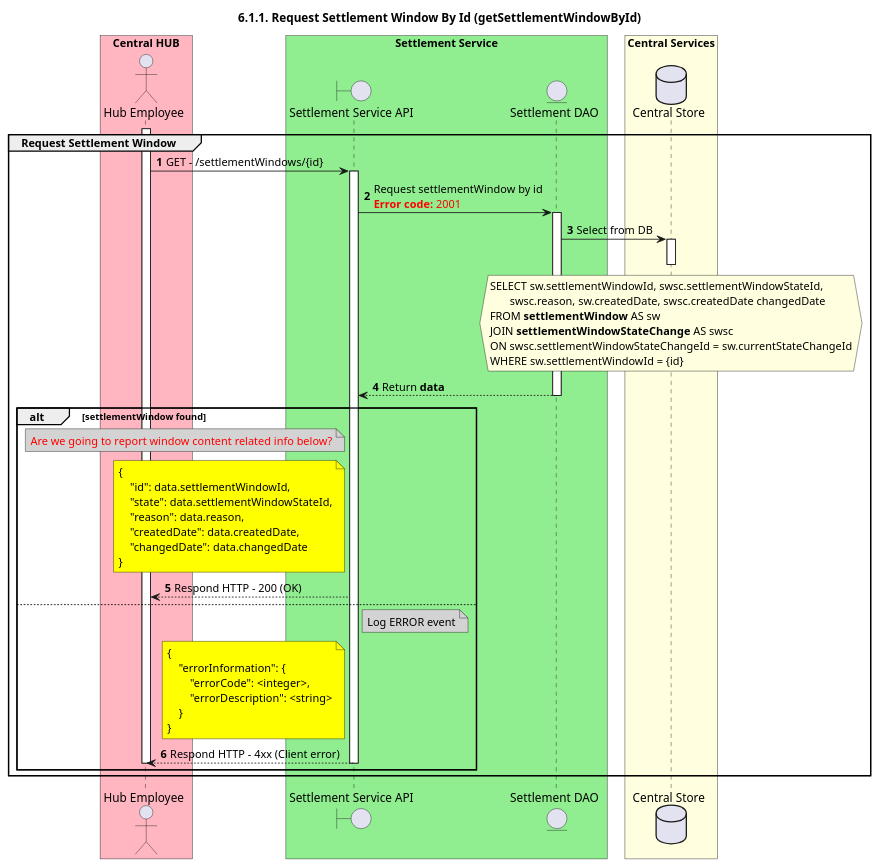
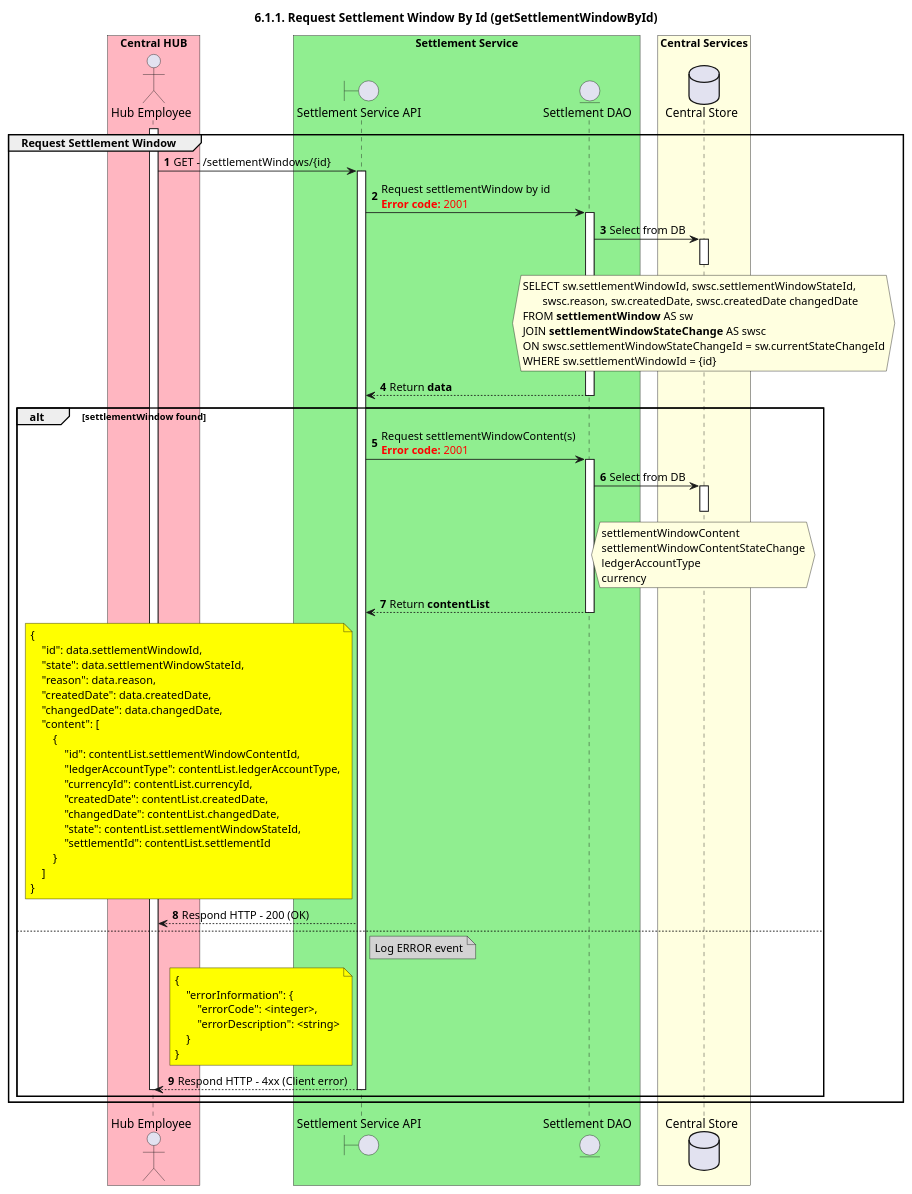
The diagram in mojaloop-technical-overview/central-settlements/settlement-process/assets/diagrams/sequence/seq-setwindow-6.1.1.plantuml (mojaloop/documentation), drawn with PlantUML before and after one commit. The commit also changed 11 other files, not shown here.

Commit message:
Sequence diagrams update following peer review

```diff
--- a/mojaloop-technical-overview/central-settlements/settlement-process/assets/diagrams/sequence/seq-setwindow-6.1.1.plantuml
+++ b/mojaloop-technical-overview/central-settlements/settlement-process/assets/diagrams/sequence/seq-setwindow-6.1.1.plantuml
@@ -26,78 +26,99 @@
 @startuml
 ' declate title
 title 6.1.1. Request Settlement Window By Id (getSettlementWindowById)
 
 autonumber
 
 ' declare actors
 actor "Hub Employee" as OPERATOR
 boundary "Settlement Service API" as SSAPI
 entity "Settlement DAO" as SETTLE_DAO
 database "Central Store" as DB
 
 box "Central HUB" #lightpink
     participant OPERATOR
 end box
 
 box "Settlement Service" #lightgreen
     participant SSAPI
     participant SETTLE_DAO
 end box
 
 box "Central Services" #lightyellow
     participant DB
 end box
 
 ' start flow
 group Request Settlement Window
     activate OPERATOR
     OPERATOR -> SSAPI: GET - /settlementWindows/{id}
     activate SSAPI
     SSAPI -> SETTLE_DAO: Request settlementWindow by id\n<color #FF0000><b>Error code:</b> 2001</color>
     activate SETTLE_DAO
     SETTLE_DAO -> DB: Select from DB
     activate DB
     hnote over DB #lightyellow
         SELECT sw.settlementWindowId, swsc.settlementWindowStateId, 
                swsc.reason, sw.createdDate, swsc.createdDate changedDate
         FROM **settlementWindow** AS sw
         JOIN **settlementWindowStateChange** AS swsc
         ON swsc.settlementWindowStateChangeId = sw.currentStateChangeId
         WHERE sw.settlementWindowId = {id}
     end hnote
     deactivate DB
     SSAPI <-- SETTLE_DAO: Return **data**
     deactivate SETTLE_DAO
 
     alt settlementWindow found
-        note left of SSAPI #lightgray
-            <color #red>Are we going to report window content related info below?</color>
-        end note
+        SSAPI -> SETTLE_DAO: Request settlementWindowContent(s)\n<color #FF0000><b>Error code:</b> 2001</color>
+        activate SETTLE_DAO
+        SETTLE_DAO -> DB: Select from DB
+        activate DB
+        hnote over DB #lightyellow
+            settlementWindowContent
+            settlementWindowContentStateChange
+            ledgerAccountType
+            currency
+        end hnote
+        deactivate DB
+        SSAPI <-- SETTLE_DAO: Return **contentList**
+        deactivate SETTLE_DAO
         note left of SSAPI #yellow
             {
                 "id": data.settlementWindowId,
                 "state": data.settlementWindowStateId,
                 "reason": data.reason,
                 "createdDate": data.createdDate,
-                "changedDate": data.changedDate
+                "changedDate": data.changedDate,
+                "content": [
+                    {
+                        "id": contentList.settlementWindowContentId,
+                        "ledgerAccountType": contentList.ledgerAccountType,
+                        "currencyId": contentList.currencyId,
+                        "createdDate": contentList.createdDate,
+                        "changedDate": contentList.changedDate,
+                        "state": contentList.settlementWindowStateId,
+                        "settlementId": contentList.settlementId
+                    }
+                ]
             }
         end note
         OPERATOR <-- SSAPI: Respond HTTP - 200 (OK)
     else
         note right of SSAPI #lightgray
             Log ERROR event
         end note
         note left of SSAPI #yellow
             {
                 "errorInformation": {
                     "errorCode": <integer>,
                     "errorDescription": <string>
                 }
             }
         end note
         OPERATOR <-- SSAPI: Respond HTTP - 4xx (Client error)
         deactivate SSAPI
         deactivate OPERATOR
     end
 end
 @enduml
```
